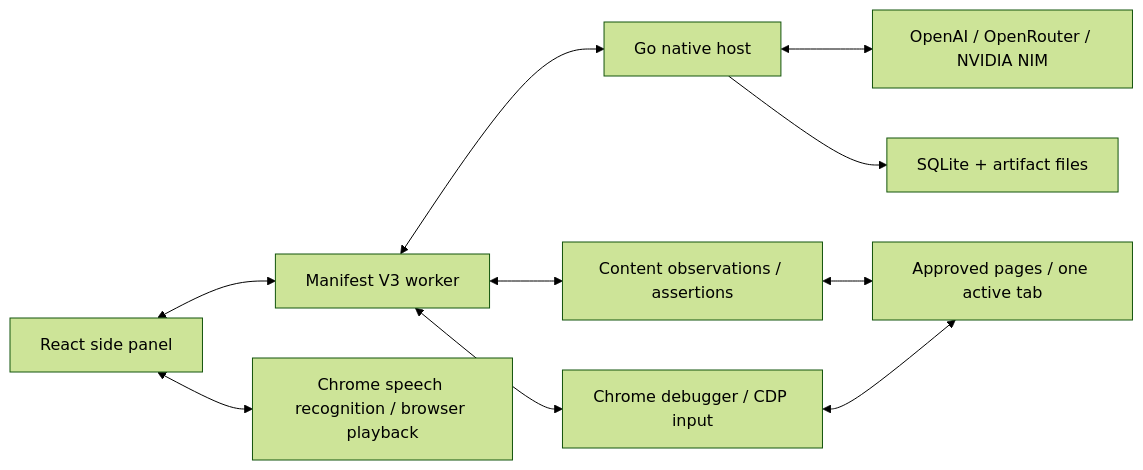
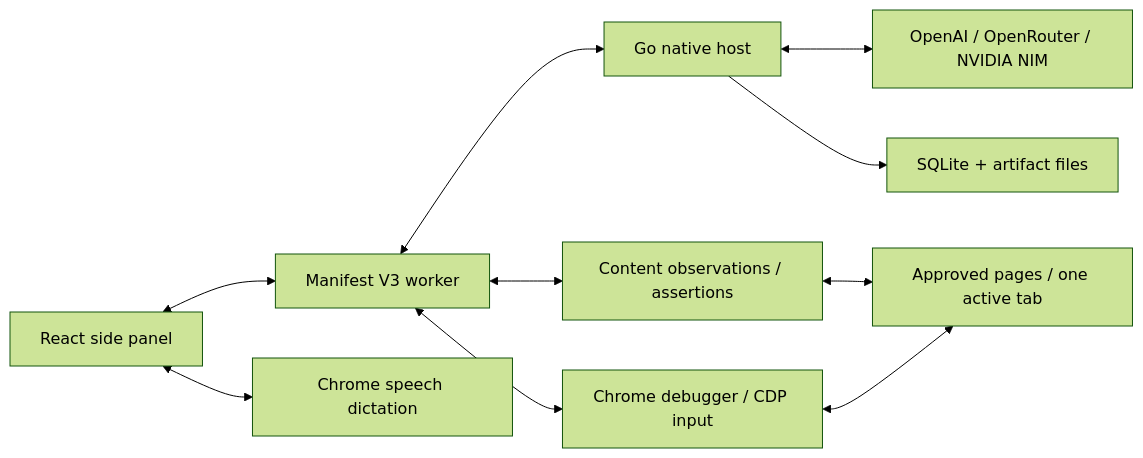
One commit to prembharne/VoiceQA changed the diagram in docs/ARCHITECTURE.md. Above: the diagram before and after it, drawn with Mermaid (forest theme). The commit also changed other lines of this file and 31 other files, not shown here.

````diff
--- a/docs/ARCHITECTURE.md
+++ b/docs/ARCHITECTURE.md
@@ -3,12 +3,12 @@
 ```mermaid
 flowchart LR
   P[React side panel] <--> W[Manifest V3 worker]
   W <--> N[Go native host]
   N <--> M[OpenAI / OpenRouter / NVIDIA NIM]
-  P <--> S[Chrome speech recognition / browser playback]
+  P <--> S[Chrome speech dictation]
   N --> D[SQLite + artifact files]
   W <--> C[Content observations / assertions]
   W <--> B[Chrome debugger / CDP input]
   C <--> T[Approved pages / one active tab]
   B <--> T
 ```
````
